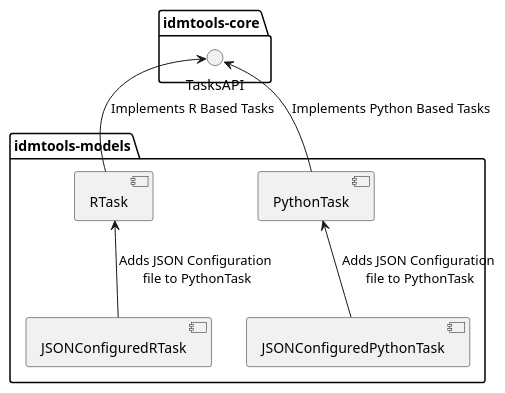
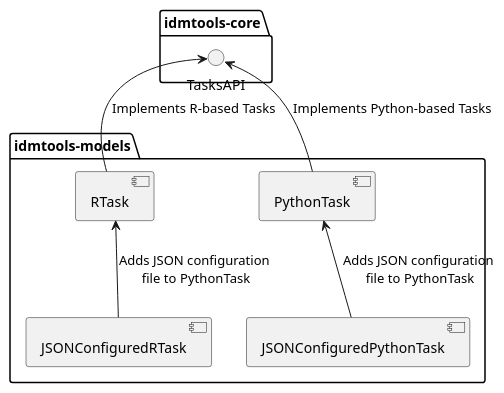
Before and after one commit to shchen-idmod/idmtools-1: the diagram in diagrams/models.puml, drawn with PlantUML. The commit also changed 3 other files, not shown here.

Commit message:
#814 - Diagrams

```diff
--- a/diagrams/models.puml
+++ b/diagrams/models.puml
@@ -1,18 +1,18 @@
 @startuml
 
 package "idmtools-core" as regsitry {
     () "TasksAPI" as TasksAPI
 }
 
 package "idmtools-models" as models {
     [PythonTask]
     [JSONConfiguredPythonTask]
     [RTask]
     [JSONConfiguredRTask]
-    PythonTask <-- JSONConfiguredPythonTask: Adds JSON Configuration\n file to PythonTask
-    RTask <-- JSONConfiguredRTask: Adds JSON Configuration\n file to PythonTask
+    PythonTask <-- JSONConfiguredPythonTask: Adds JSON configuration\n file to PythonTask
+    RTask <-- JSONConfiguredRTask: Adds JSON configuration\n file to PythonTask
 }
 
-TasksAPI <-- PythonTask: Implements Python Based Tasks
-TasksAPI <- RTask : Implements R Based Tasks
+TasksAPI <-- PythonTask: Implements Python-based Tasks
+TasksAPI <- RTask : Implements R-based Tasks
 @enduml
```
